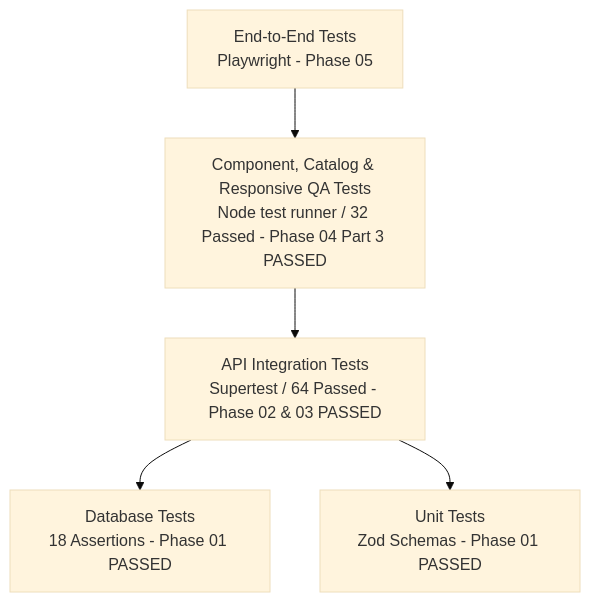
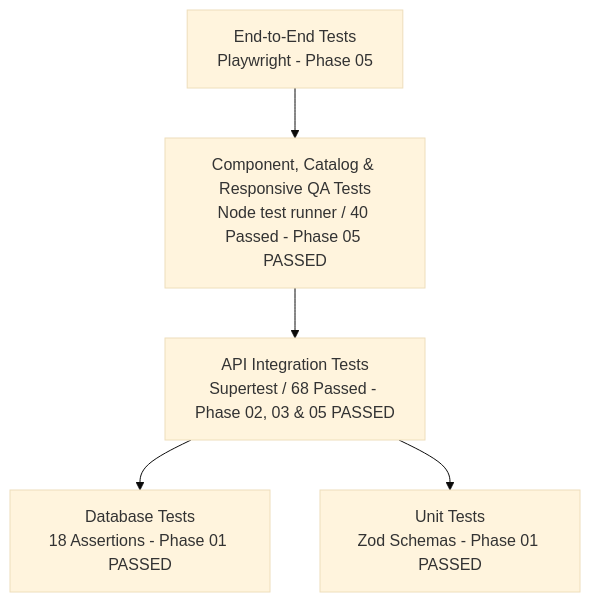
One commit to ragnarStark79/AnimeManager changed the diagram in docs/test-report.md. Above: the diagram before and after it, drawn with Mermaid (base theme). The commit also changed other lines of this file and 14 other files, not shown here.

Commit message:
fix: resolve local development startup and API proxy connectivity (Phase 05.1)

````diff
--- a/docs/test-report.md
+++ b/docs/test-report.md
@@ -345,13 +391,13 @@
 ```mermaid
 graph TD
     E2E[End-to-End Tests<br/>Playwright - Phase 05]
-    Comp[Component, Catalog & Responsive QA Tests<br/>Node test runner / 32 Passed - Phase 04 Part 3 PASSED]
-    Int[API Integration Tests<br/>Supertest / 64 Passed - Phase 02 & 03 PASSED]
+    Comp[Component, Catalog & Responsive QA Tests<br/>Node test runner / 40 Passed - Phase 05 PASSED]
+    Int[API Integration Tests<br/>Supertest / 68 Passed - Phase 02, 03 & 05 PASSED]
     DB[Database Tests<br/>18 Assertions - Phase 01 PASSED]
     Unit[Unit Tests<br/>Zod Schemas - Phase 01 PASSED]
 
     E2E --> Comp
     Comp --> Int
     Int --> DB
     Int --> Unit
 ```
````
